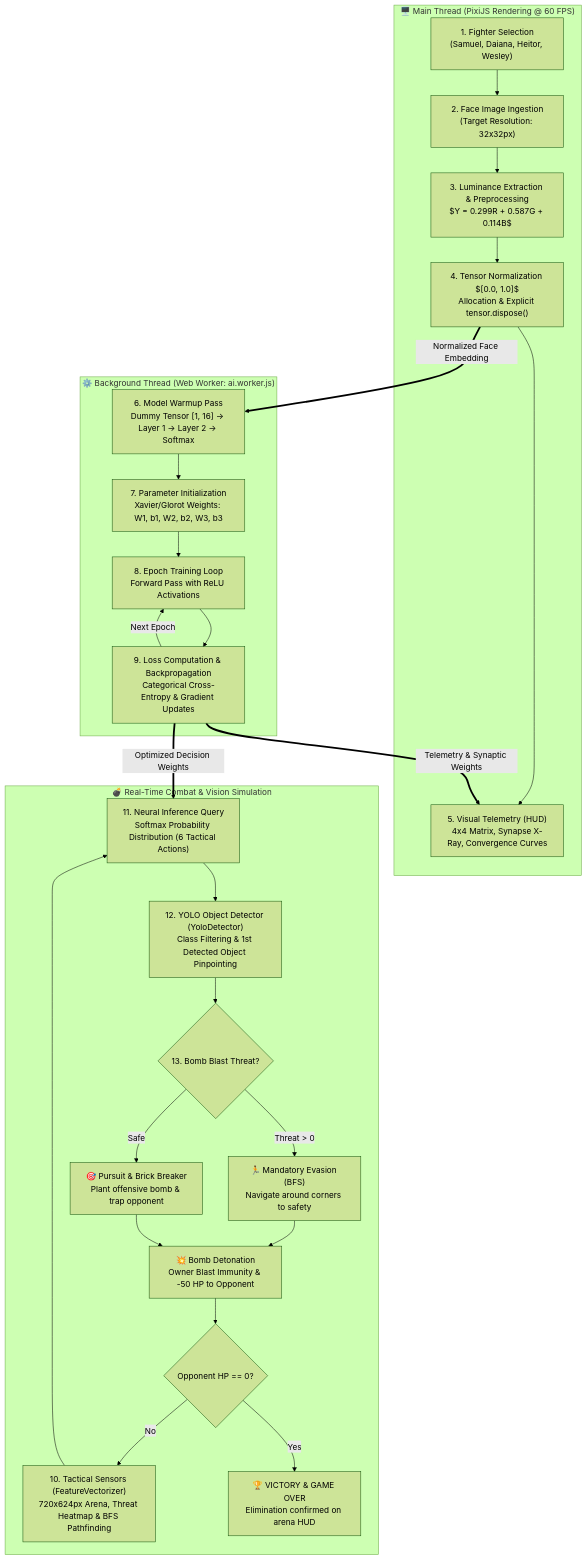
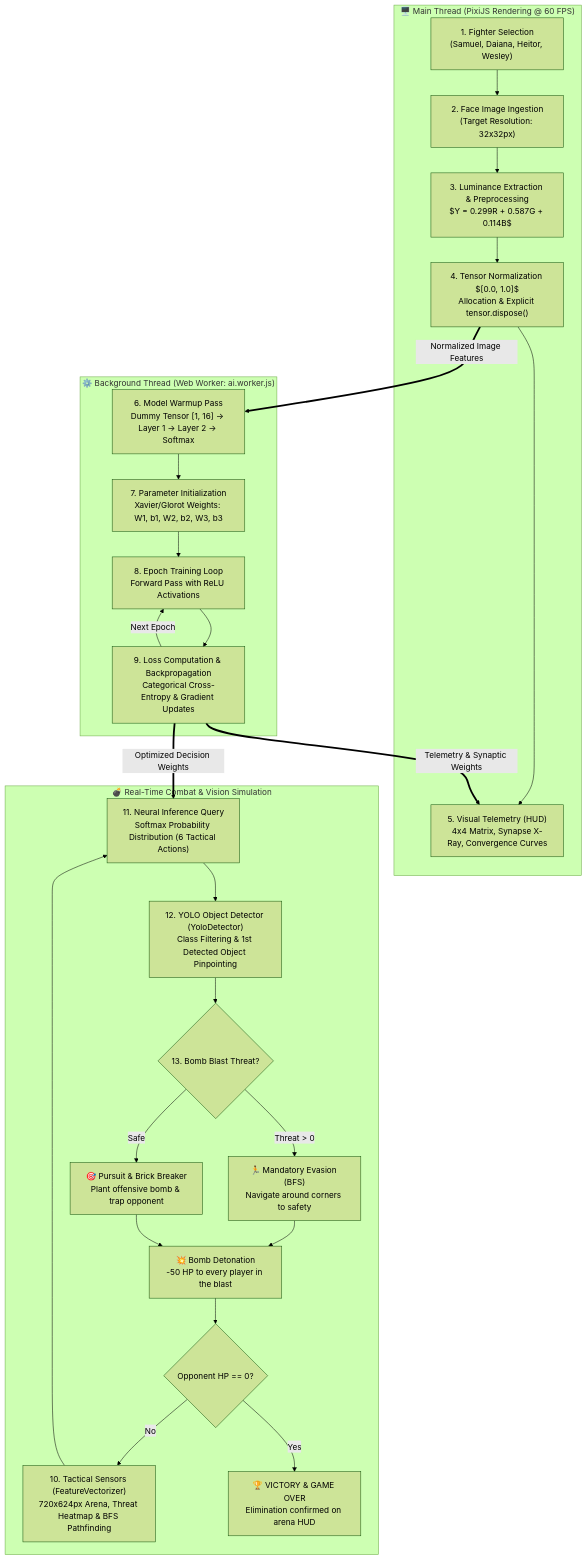
Before and after one commit to wesleyzilva/AppliedAIEngineer: the diagram in modules/module04/BombermanFamily_imageAI_training/README.md, drawn with Mermaid (forest theme). The commit also changed other lines of this file and 6 other files, not shown here.

````diff
--- a/modules/module04/BombermanFamily_imageAI_training/README.md
+++ b/modules/module04/BombermanFamily_imageAI_training/README.md
@@ -13,41 +13,41 @@
 ```mermaid
 flowchart TB
     subgraph UI_RENDER["🖥️ Main Thread (PixiJS Rendering @ 60 FPS)"]
         A["1. Fighter Selection<br/>(Samuel, Daiana, Heitor, Wesley)"] --> B["2. Face Image Ingestion<br/>(Target Resolution: 32x32px)"]
         B --> C["3. Luminance Extraction & Preprocessing<br/>$Y = 0.299R + 0.587G + 0.114B$"]
         C --> D["4. Tensor Normalization $[0.0, 1.0]$<br/>Allocation & Explicit tensor.dispose()"]
         D --> E["5. Visual Telemetry (HUD)<br/>4x4 Matrix, Synapse X-Ray, Convergence Curves"]
     end
 
     subgraph WORKER["⚙️ Background Thread (Web Worker: ai.worker.js)"]
         F["6. Model Warmup Pass<br/>Dummy Tensor [1, 16] -> Layer 1 -> Layer 2 -> Softmax"]
         G["7. Parameter Initialization<br/>Xavier/Glorot Weights: W1, b1, W2, b2, W3, b3"]
         H["8. Epoch Training Loop<br/>Forward Pass with ReLU Activations"]
         I["9. Loss Computation & Backpropagation<br/>Categorical Cross-Entropy & Gradient Updates"]
         F --> G --> H --> I
         I -- "Next Epoch" --> H
     end
 
     subgraph ARENA["💣 Real-Time Combat & Vision Simulation"]
         J["10. Tactical Sensors (FeatureVectorizer)<br/>720x624px Arena, Threat Heatmap & BFS Pathfinding"]
         K["11. Neural Inference Query<br/>Softmax Probability Distribution (6 Tactical Actions)"]
         L["12. YOLO Object Detector (YoloDetector)<br/>Class Filtering & 1st Detected Object Pinpointing"]
         M{"13. Bomb Blast Threat?"}
         N["🏃 Mandatory Evasion (BFS)<br/>Navigate around corners to safety"]
         O["🎯 Pursuit & Brick Breaker<br/>Plant offensive bomb & trap opponent"]
-        P["💥 Bomb Detonation<br/>Owner Blast Immunity & -50 HP to Opponent"]
+        P["💥 Bomb Detonation<br/>-50 HP to every player in the blast"]
         Q{"Opponent HP == 0?"}
         R["🏆 VICTORY & GAME OVER<br/>Elimination confirmed on arena HUD"]
 
         J --> K --> L --> M
         M -- "Threat > 0" --> N --> P
         M -- "Safe" --> O --> P
         P --> Q
         Q -- "No" --> J
         Q -- "Yes" --> R
     end
 
-    D == "Normalized Face Embedding" ==> F
+    D == "Normalized Image Features" ==> F
     I == "Telemetry & Synaptic Weights" ==> E
     I == "Optimized Decision Weights" ==> K
 ```
````
